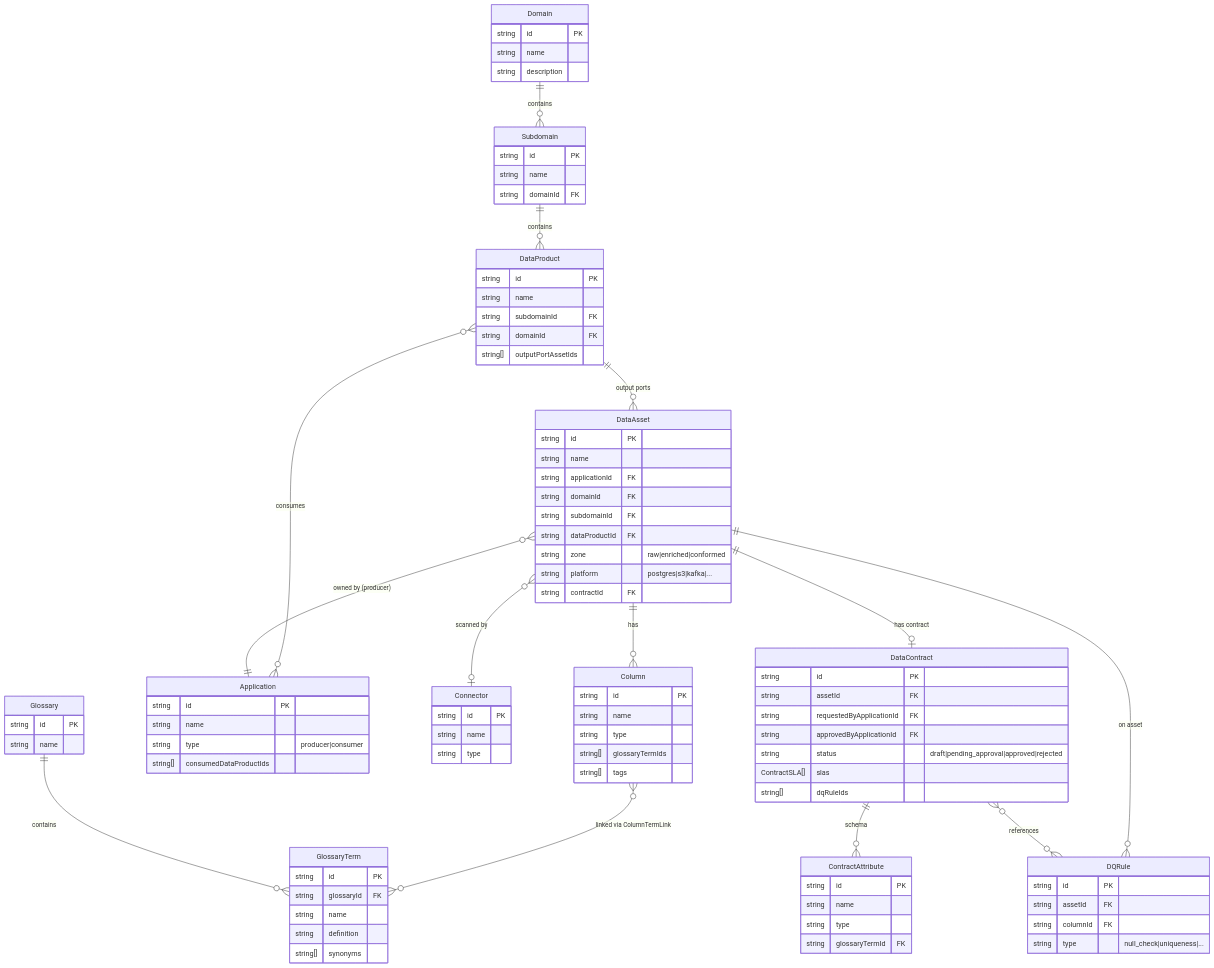
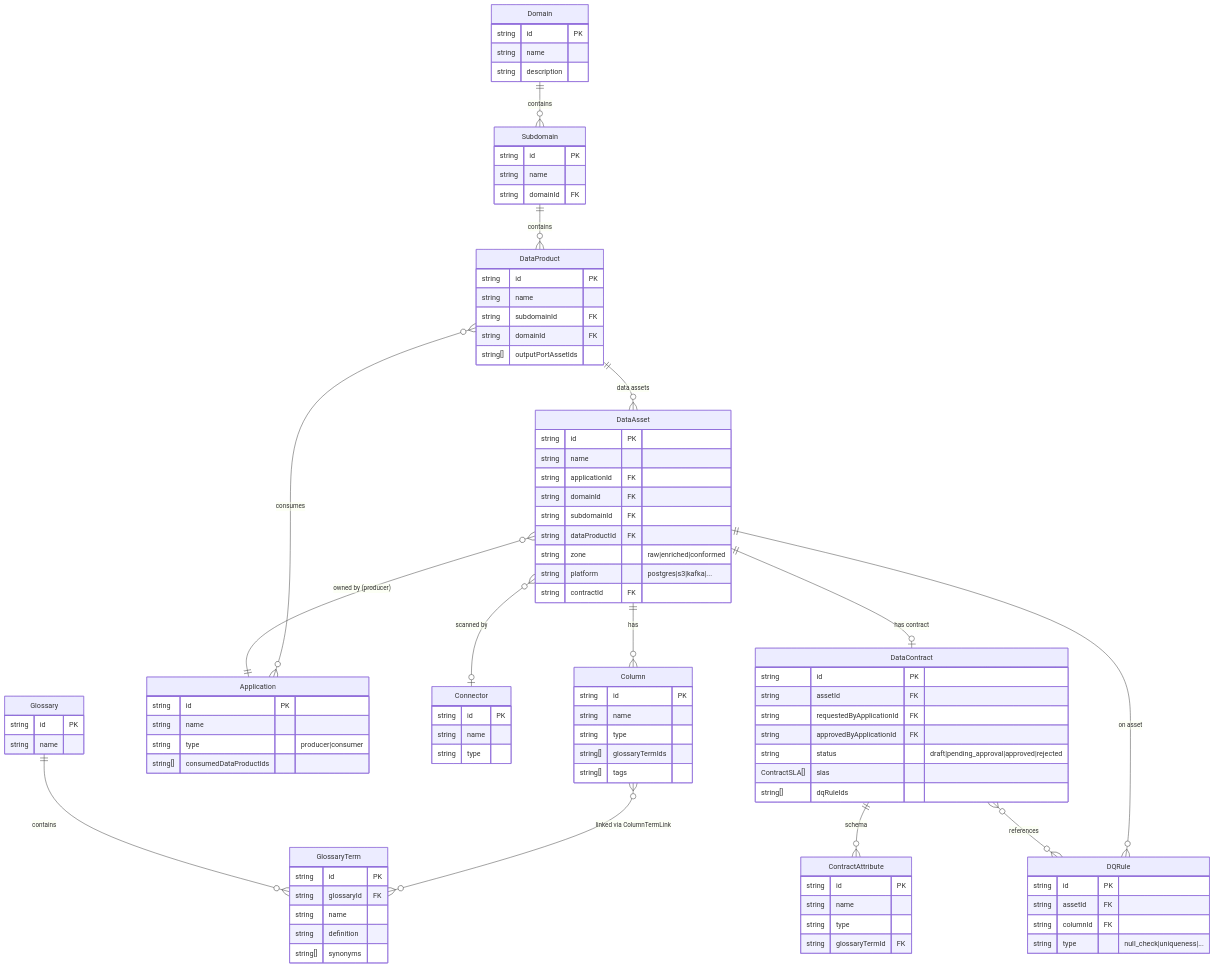
Before and after one commit to ashwinmohan81/DataCatalog: the first of 3 diagrams in src/data/DATA_MODEL_DIAGRAM.md, drawn with Mermaid. The commit also changed 32 other files, not shown here.

```diff
--- a/src/data/DATA_MODEL_DIAGRAM.md
+++ b/src/data/DATA_MODEL_DIAGRAM.md
@@ -10,7 +10,7 @@
 erDiagram
   Domain ||--o{ Subdomain : "contains"
   Subdomain ||--o{ DataProduct : "contains"
-  DataProduct ||--o{ DataAsset : "output ports"
+  DataProduct ||--o{ DataAsset : "data assets"
   DataAsset ||--o{ Column : "has"
   DataAsset }o--|| Application : "owned by (producer)"
   DataAsset }o--o| Connector : "scanned by"
```
